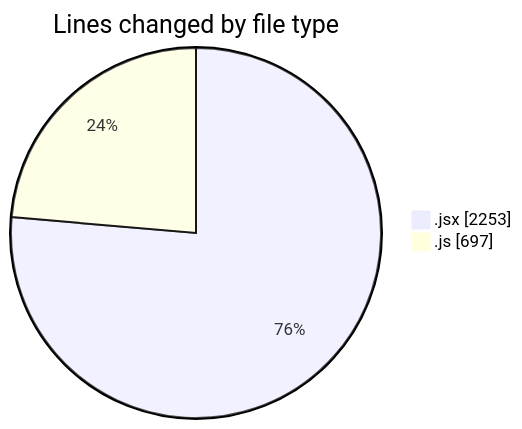
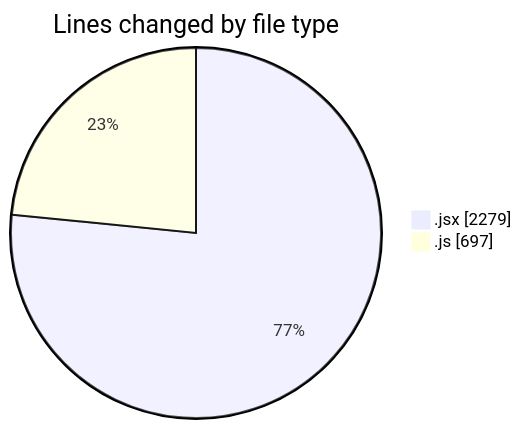
Before and after one commit to nxtqubesakshisongat/code-tracking: the first of 2 diagrams in 2025-11-13/argos/README.md, drawn with Mermaid. The commit also changed other lines of this file and 1 other file, not shown here.

````diff
--- a/2025-11-13/argos/README.md
+++ b/2025-11-13/argos/README.md
@@ -28,6 +29,6 @@
 ```mermaid
 pie showData
 title Lines changed by file type
-".jsx" : 2253
+".jsx" : 2279
 ".js" : 697
 ```
````
